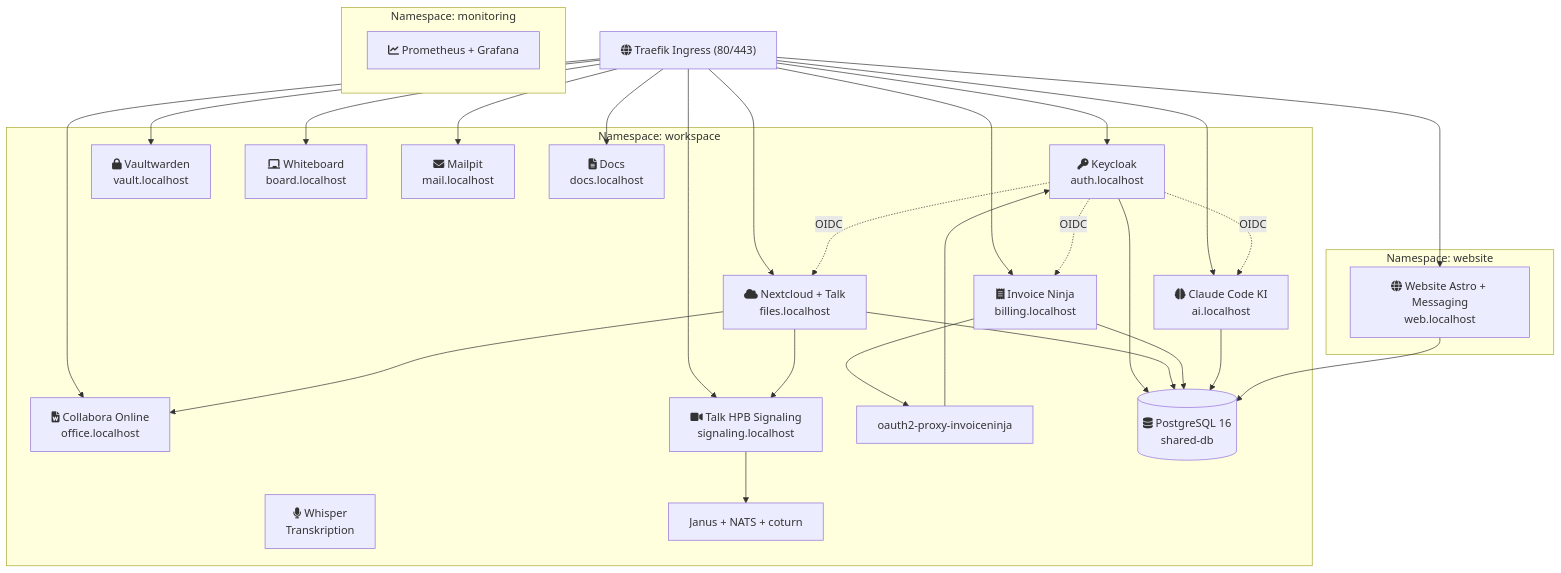
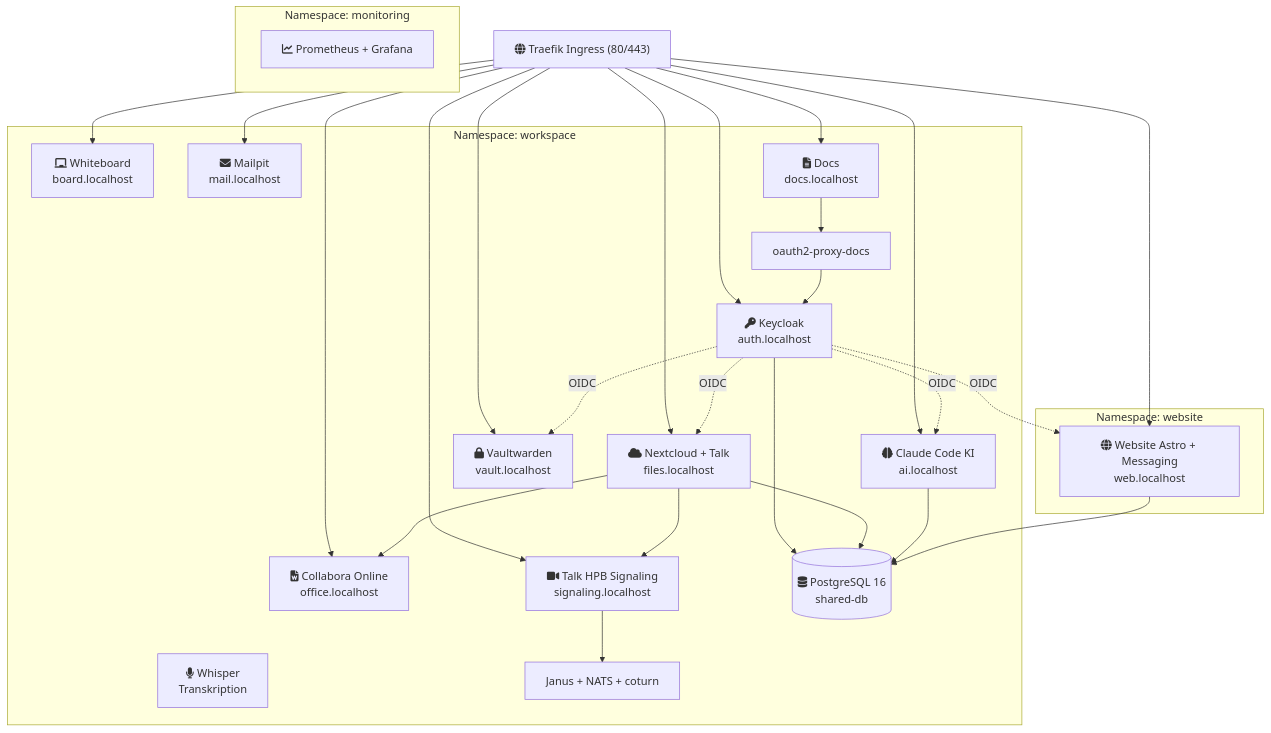
The diagram in CLAUDE.md (Paddione/Bachelorprojekt), drawn with Mermaid before and after one commit. The commit also changed 11 other files, not shown here.

First line of the commit message:
docs: overhaul documentation to reflect current architecture

````diff
--- a/CLAUDE.md
+++ b/CLAUDE.md
@@ -119,39 +119,38 @@
 ```mermaid
 graph TB
     Traefik["fa:fa-globe Traefik Ingress (80/443)"]
 
     subgraph workspace ["Namespace: workspace"]
         KC["fa:fa-key Keycloak<br/>auth.localhost"]
         NC["fa:fa-cloud Nextcloud + Talk<br/>files.localhost"]
         CO["fa:fa-file-word Collabora Online<br/>office.localhost"]
         HPB["fa:fa-video Talk HPB Signaling<br/>signaling.localhost"]
         OC["fa:fa-brain Claude Code KI<br/>ai.localhost"]
-        IN["fa:fa-receipt Invoice Ninja<br/>billing.localhost"]
         VW["fa:fa-lock Vaultwarden<br/>vault.localhost"]
         WB["fa:fa-chalkboard Whiteboard<br/>board.localhost"]
         MP["fa:fa-envelope Mailpit<br/>mail.localhost"]
         DOCS["fa:fa-file-lines Docs<br/>docs.localhost"]
-        OAUTH[oauth2-proxy-invoiceninja]
+        OAUTH2[oauth2-proxy-docs]
         WHISPER["fa:fa-microphone Whisper<br/>Transkription"]
         JANUS[Janus + NATS + coturn]
         DB[("fa:fa-database PostgreSQL 16<br/>shared-db")]
     end
 
     subgraph website-ns ["Namespace: website"]
         WEB["fa:fa-globe Website Astro + Messaging<br/>web.localhost"]
     end
 
     subgraph monitoring-ns ["Namespace: monitoring"]
         PROM["fa:fa-chart-line Prometheus + Grafana"]
     end
 
-    Traefik --> KC & NC & CO & HPB & OC & IN & VW & WB & MP & DOCS & WEB
+    Traefik --> KC & NC & CO & HPB & OC & VW & WB & MP & DOCS & WEB
 
-    KC -. OIDC .-> NC & IN & OC
-    OAUTH --> KC
-    IN --> OAUTH
+    KC -. OIDC .-> NC & OC & VW & WEB
+    OAUTH2 --> KC
+    DOCS --> OAUTH2
     NC --> CO
     NC --> HPB --> JANUS
-    KC & NC & IN & OC --> DB
+    KC & NC & OC --> DB
     WEB --> DB
 ```
````
